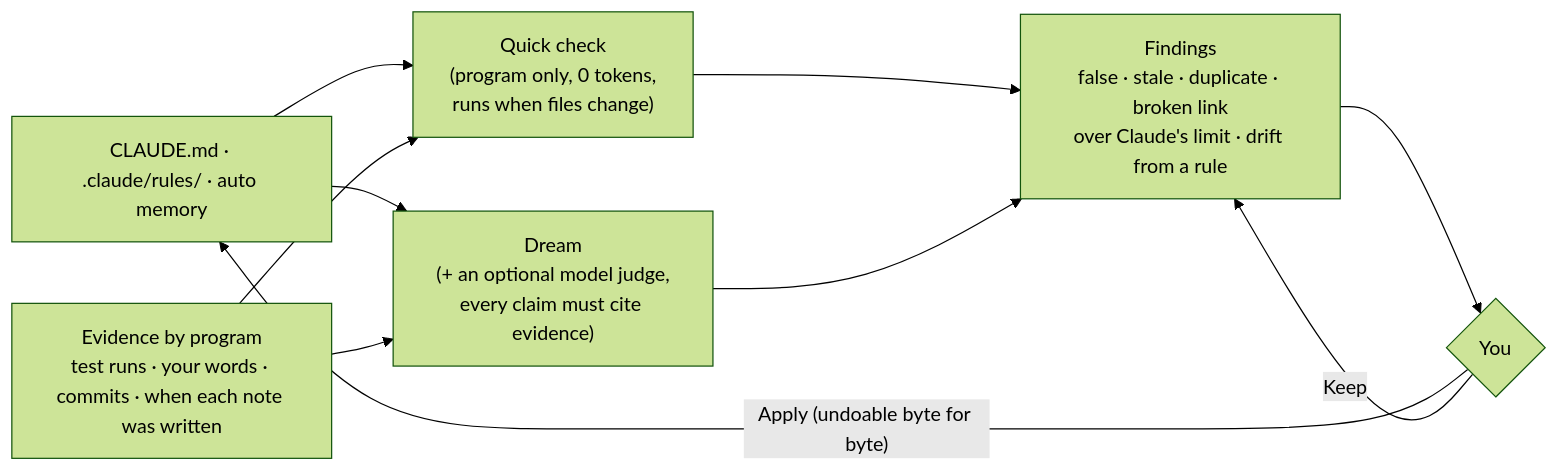
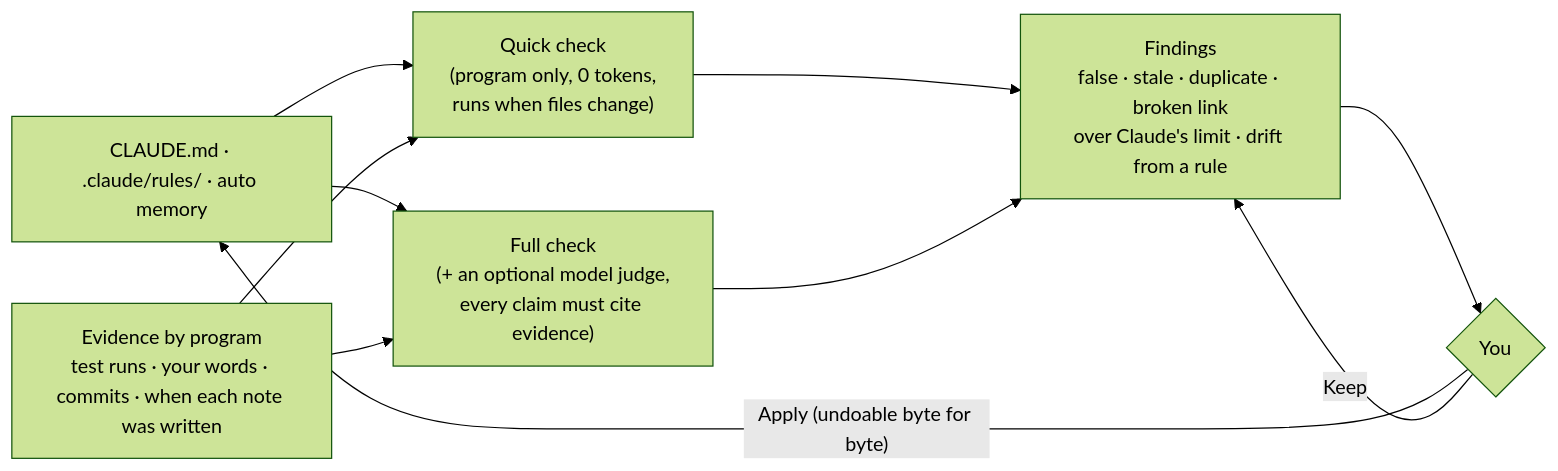
One commit to kafilcodes/kapex-cortex changed the third of 4 diagrams in docs/ARCHITECTURE.md. Above: the diagram before and after it, drawn with Mermaid (forest theme). The commit also changed other lines of this file and 142 other files, not shown here.

Commit message:
Kapex Cortex v4.6.0: the Stageshow pass on every page, mission steps ticked against your tests, AMOLED default, a memory check safe for worktrees

````diff
--- a/docs/ARCHITECTURE.md
+++ b/docs/ARCHITECTURE.md
@@ -56,18 +56,18 @@
 ```mermaid
 flowchart LR
     Mem["CLAUDE.md · .claude/rules/ · auto memory"]
     Ev["Evidence by program<br/>test runs · your words · commits · when each note was written"]
     Q["Quick check<br/>(program only, 0 tokens,<br/>runs when files change)"]
-    D["Dream<br/>(+ an optional model judge,<br/>every claim must cite evidence)"]
+    D["Full check<br/>(+ an optional model judge,<br/>every claim must cite evidence)"]
     F["Findings<br/>false · stale · duplicate · broken link<br/>over Claude's limit · drift from a rule"]
     You{"You"}
     Mem --> Q
     Ev --> Q
     Mem --> D
     Ev --> D
     Q --> F
     D --> F
     F --> You
     You -- "Apply (undoable byte for byte)" --> Mem
     You -- "Keep" --> F
 ```
````
